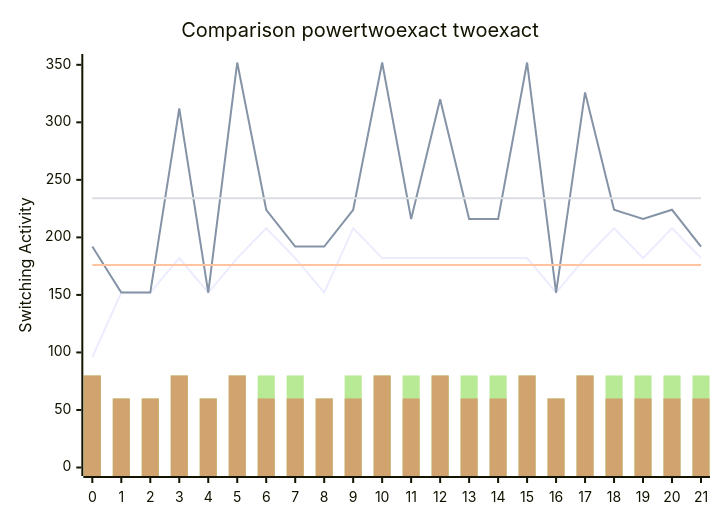
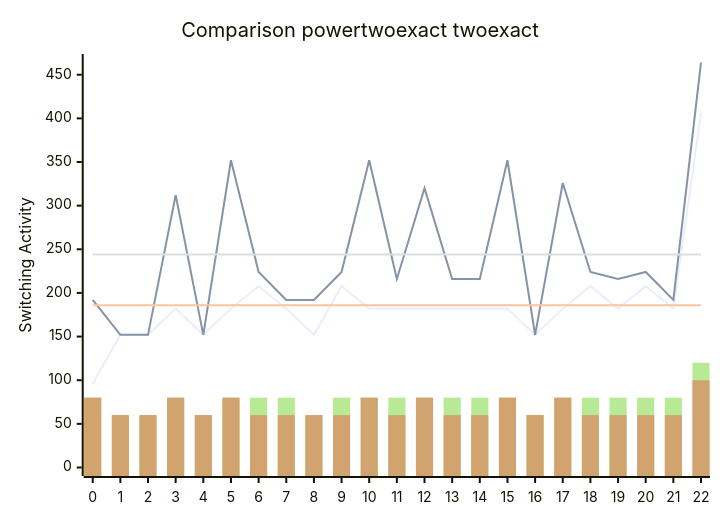
The diagram in benchmark.md (FeldmeierMichael/Exact-Power-Synthesis), drawn with Mermaid before and after one commit. The commit also changed other lines of this file and 2 other files, not shown here.

````diff
--- a/benchmark.md
+++ b/benchmark.md
@@ -45,12 +47,12 @@
 ```mermaid
 xychart-beta
     title "Comparison powertwoexact twoexact"
-    x-axis [0, 1, 2, 3, 4, 5, 6, 7, 8, 9, 10, 11, 12, 13, 14, 15, 16, 17, 18, 19, 20, 21]
-    y-axis "Switching Activity" 0-->352
-    line [96, 152, 152, 182, 152, 182, 208, 182, 152, 208, 182, 182, 182, 182, 182, 182, 152, 182, 208, 182, 208, 182]
-    line [192, 152, 152, 312, 152, 352, 224, 192, 192, 224, 352, 216, 320, 216, 216, 352, 152, 326, 224, 216, 224, 192]
-    line [176.0, 176.0, 176.0, 176.0, 176.0, 176.0, 176.0, 176.0, 176.0, 176.0, 176.0, 176.0, 176.0, 176.0, 176.0, 176.0, 176.0, 176.0, 176.0, 176.0, 176.0, 176.0]
-    line [234.0909090909091, 234.0909090909091, 234.0909090909091, 234.0909090909091, 234.0909090909091, 234.0909090909091, 234.0909090909091, 234.0909090909091, 234.0909090909091, 234.0909090909091, 234.0909090909091, 234.0909090909091, 234.0909090909091, 234.0909090909091, 234.0909090909091, 234.0909090909091, 234.0909090909091, 234.0909090909091, 234.0909090909091, 234.0909090909091, 234.0909090909091, 234.0909090909091]
-    bar [80, 60, 60, 80, 60, 80, 80, 80, 60, 80, 80, 80, 80, 80, 80, 80, 60, 80, 80, 80, 80, 80]
-    bar [80, 60, 60, 80, 60, 80, 60, 60, 60, 60, 80, 60, 80, 60, 60, 80, 60, 80, 60, 60, 60, 60]
+    x-axis [0, 1, 2, 3, 4, 5, 6, 7, 8, 9, 10, 11, 12, 13, 14, 15, 16, 17, 18, 19, 20, 21, 22]
+    y-axis "Switching Activity" 0-->464
+    line [96, 152, 152, 182, 152, 182, 208, 182, 152, 208, 182, 182, 182, 182, 182, 182, 152, 182, 208, 182, 208, 182, 406]
+    line [192, 152, 152, 312, 152, 352, 224, 192, 192, 224, 352, 216, 320, 216, 216, 352, 152, 326, 224, 216, 224, 192, 464]
+    line [186.0, 186.0, 186.0, 186.0, 186.0, 186.0, 186.0, 186.0, 186.0, 186.0, 186.0, 186.0, 186.0, 186.0, 186.0, 186.0, 186.0, 186.0, 186.0, 186.0, 186.0, 186.0, 186.0]
+    line [244.08695652173913, 244.08695652173913, 244.08695652173913, 244.08695652173913, 244.08695652173913, 244.08695652173913, 244.08695652173913, 244.08695652173913, 244.08695652173913, 244.08695652173913, 244.08695652173913, 244.08695652173913, 244.08695652173913, 244.08695652173913, 244.08695652173913, 244.08695652173913, 244.08695652173913, 244.08695652173913, 244.08695652173913, 244.08695652173913, 244.08695652173913, 244.08695652173913, 244.08695652173913]
+    bar [80, 60, 60, 80, 60, 80, 80, 80, 60, 80, 80, 80, 80, 80, 80, 80, 60, 80, 80, 80, 80, 80, 120]
+    bar [80, 60, 60, 80, 60, 80, 60, 60, 60, 60, 80, 60, 80, 60, 60, 80, 60, 80, 60, 60, 60, 60, 100]
 ```
````
